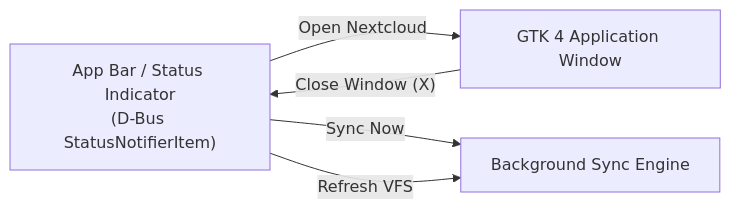
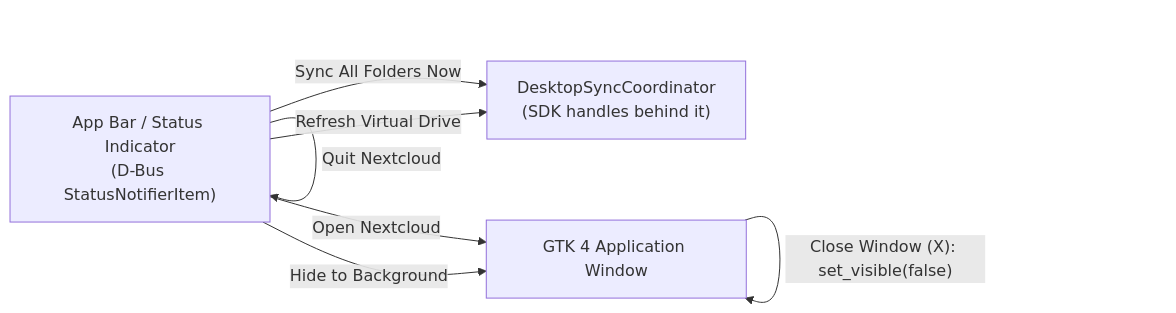
The diagram in docs/BACKGROUND_SERVICE.md (Luxuride/nexia-client), drawn with Mermaid before and after one commit. The commit also changed other lines of this file and 7 other files, not shown here.

````diff
--- a/docs/BACKGROUND_SERVICE.md
+++ b/docs/BACKGROUND_SERVICE.md
@@ -17,11 +30,13 @@
 ```mermaid
 flowchart LR
     TrayIcon["App Bar / Status Indicator\n(D-Bus StatusNotifierItem)"]
     DesktopApp["GTK 4 Application Window"]
-    SyncCoordinator["Background Sync Engine"]
+    Coordinator["DesktopSyncCoordinator\n(SDK handles behind it)"]
 
     TrayIcon -->|"Open Nextcloud"| DesktopApp
-    TrayIcon -->|"Sync Now"| SyncCoordinator
-    TrayIcon -->|"Refresh VFS"| SyncCoordinator
-    DesktopApp -->|"Close Window (X)"| TrayIcon
+    TrayIcon -->|"Hide to Background"| DesktopApp
+    TrayIcon -->|"Sync All Folders Now"| Coordinator
+    TrayIcon -->|"Refresh Virtual Drive"| Coordinator
+    TrayIcon -->|"Quit Nextcloud"| TrayIcon
+    DesktopApp -->|"Close Window (X): set_visible(false)"| DesktopApp
 ```
````
